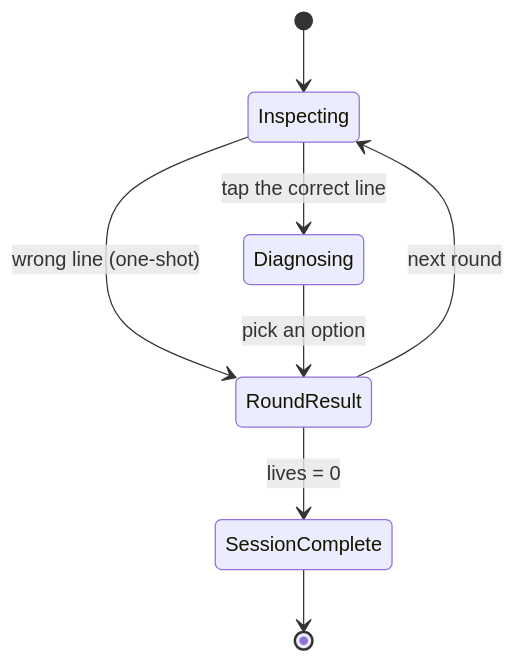
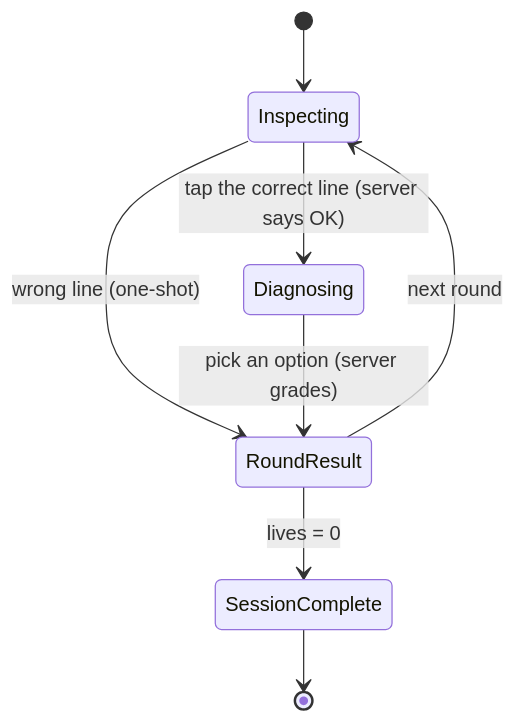
Before and after one commit to TestZucky/bug_hunter: the first of 3 diagrams in README.md, drawn with Mermaid. The commit also changed other lines of this file and 46 other files, not shown here.

````diff
--- a/README.md
+++ b/README.md
@@ -38,10 +49,10 @@
 ```mermaid
 stateDiagram-v2
     [*] --> Inspecting
-    Inspecting --> Diagnosing: tap the correct line
+    Inspecting --> Diagnosing: tap the correct line (server says OK)
     Inspecting --> RoundResult: wrong line (one-shot)
-    Diagnosing --> RoundResult: pick an option
+    Diagnosing --> RoundResult: pick an option (server grades)
     RoundResult --> Inspecting: next round
     RoundResult --> SessionComplete: lives = 0
     SessionComplete --> [*]
 ```
````
